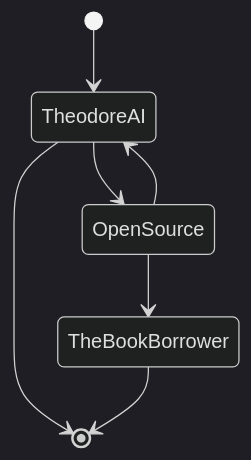
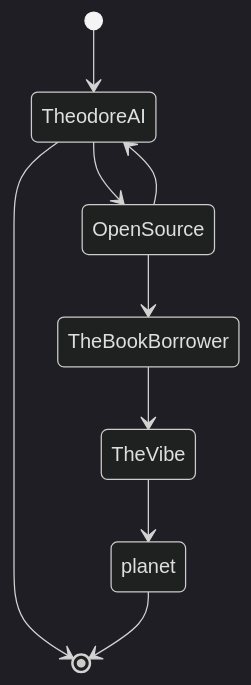
Before and after one commit to TheodoreAI/TheodoreAI: the diagram in README.md, drawn with Mermaid (dark theme). The commit also changed other lines of this file, not shown here.

````diff
--- a/README.md
+++ b/README.md
@@ -8,10 +8,12 @@
  ```mermaid
   stateDiagram-v2
   [*] --> TheodoreAI
   TheodoreAI --> [*]
 
   TheodoreAI --> OpenSource
   OpenSource --> TheodoreAI
   OpenSource --> TheBookBorrower
-  TheBookBorrower --> [*]
+  TheBookBorrower --> TheVibe
+  TheVibe --> planet
+  planet --> [*]
 ```
````
